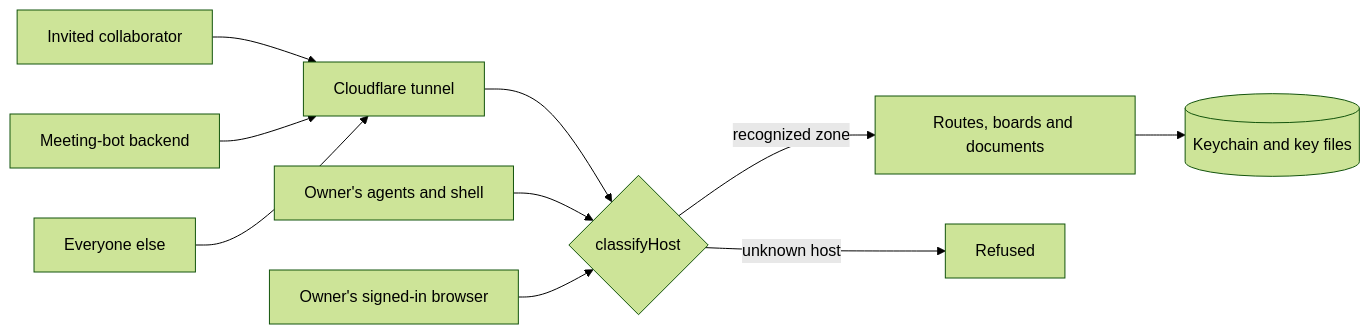
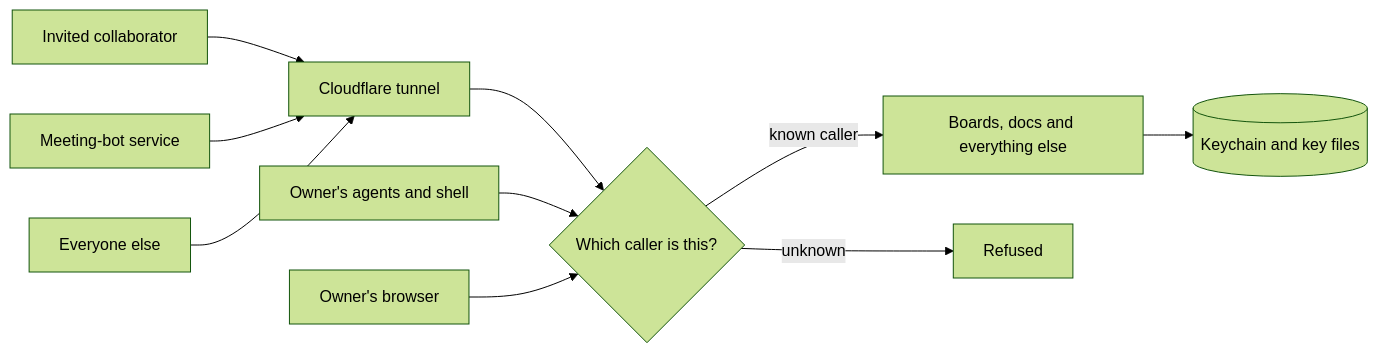
One commit to fryanpan/claude-live-feedback-plugin changed the diagram in docs/architecture/security.md. Above: the diagram before and after it, drawn with Mermaid (forest theme). The commit also changed other lines of this file, not shown here.

First line of the commit message:
docs: the security model in plain words, reviewed with the owner

````diff
--- a/docs/architecture/security.md
+++ b/docs/architecture/security.md
@@ -16,23 +11,23 @@
 ```mermaid
 flowchart LR
   visitor[Invited collaborator]
-  bot[Meeting-bot backend]
+  bot[Meeting-bot service]
   world[Everyone else]
   tunnel[Cloudflare tunnel]
   agents[Owner's agents and shell]
-  browser[Owner's signed-in browser]
-  gate{classifyHost}
-  routes[Routes, boards and documents]
+  browser[Owner's browser]
+  gate{Which caller is this?}
+  routes[Boards, docs and everything else]
   secrets[(Keychain and key files)]
   refused[Refused]
 
   visitor --> tunnel
   bot --> tunnel
   world --> tunnel
   tunnel --> gate
   agents --> gate
   browser --> gate
-  gate -->|recognized zone| routes
-  gate -->|unknown host| refused
+  gate -->|known caller| routes
+  gate -->|unknown| refused
   routes --> secrets
 ```
````
